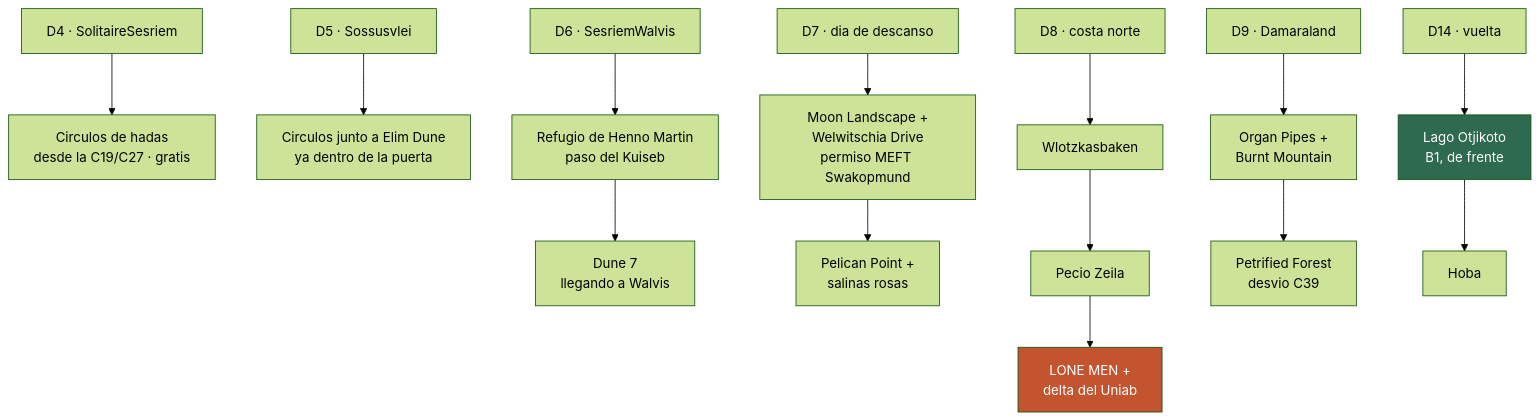
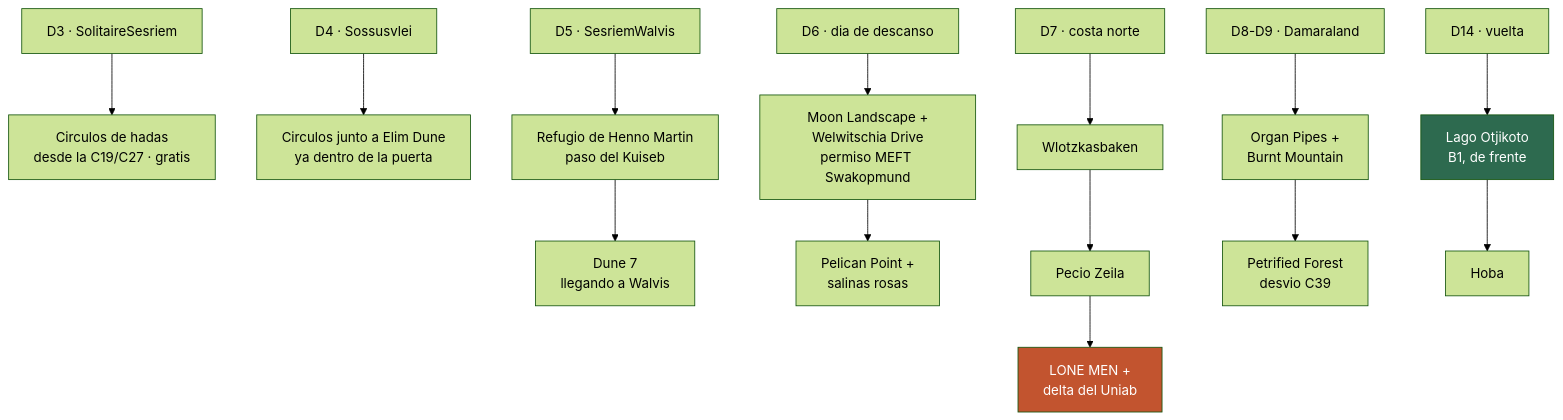
Before and after one commit to morandeirachema/namibia: the diagram in 10-joyas-ocultas.md, drawn with Mermaid (forest theme). The commit also changed other lines of this file and 6 other files, not shown here.

````diff
--- a/10-joyas-ocultas.md
+++ b/10-joyas-ocultas.md
@@ -67,12 +67,12 @@
 ```mermaid
 flowchart TD
-    D4["D4 · SolitaireSesriem"] --> J1["Circulos de hadas<br/>desde la C19/C27 · gratis"]
-    D5["D5 · Sossusvlei"] --> J2["Circulos junto a Elim Dune<br/>ya dentro de la puerta"]
-    D6["D6 · SesriemWalvis"] --> J3["Refugio de Henno Martin<br/>paso del Kuiseb"] --> J4["Dune 7<br/>llegando a Walvis"]
-    D7["D7 · dia de descanso"] --> J5["Moon Landscape +<br/>Welwitschia Drive<br/>permiso MEFT Swakopmund"] --> J6["Pelican Point +<br/>salinas rosas"]
-    D8["D8 · costa norte"] --> J7["Wlotzkasbaken"] --> J8["Pecio Zeila"] --> J9["LONE MEN +<br/>delta del Uniab"]
-    D9["D9 · Damaraland"] --> J10["Organ Pipes +<br/>Burnt Mountain"] --> J11["Petrified Forest<br/>desvio C39"]
+    D4["D3 · SolitaireSesriem"] --> J1["Circulos de hadas<br/>desde la C19/C27 · gratis"]
+    D5["D4 · Sossusvlei"] --> J2["Circulos junto a Elim Dune<br/>ya dentro de la puerta"]
+    D6["D5 · SesriemWalvis"] --> J3["Refugio de Henno Martin<br/>paso del Kuiseb"] --> J4["Dune 7<br/>llegando a Walvis"]
+    D7["D6 · dia de descanso"] --> J5["Moon Landscape +<br/>Welwitschia Drive<br/>permiso MEFT Swakopmund"] --> J6["Pelican Point +<br/>salinas rosas"]
+    D8["D7 · costa norte"] --> J7["Wlotzkasbaken"] --> J8["Pecio Zeila"] --> J9["LONE MEN +<br/>delta del Uniab"]
+    D9["D8-D9 · Damaraland"] --> J10["Organ Pipes +<br/>Burnt Mountain"] --> J11["Petrified Forest<br/>desvio C39"]
     D14["D14 · vuelta"] --> J12["Lago Otjikoto<br/>B1, de frente"] --> J13["Hoba"]
     style J9 fill:#C2542F,color:#fff
     style J12 fill:#2d6a4f,color:#fff
 ```
````
